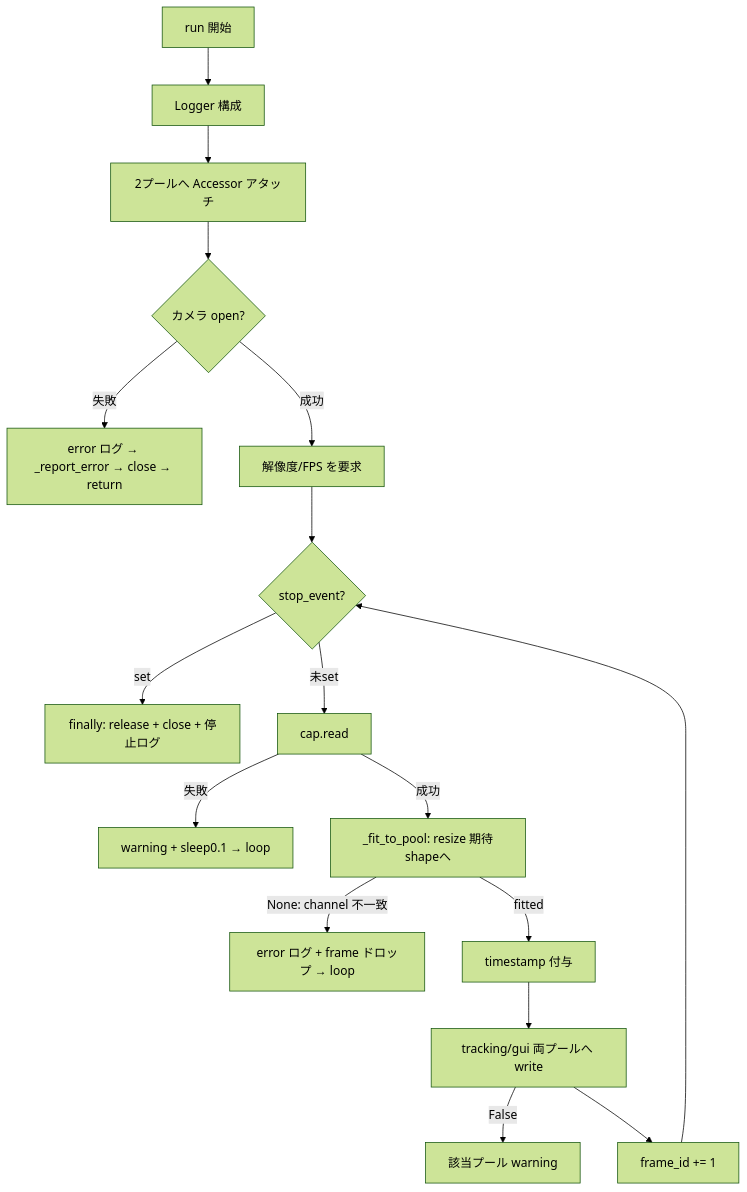
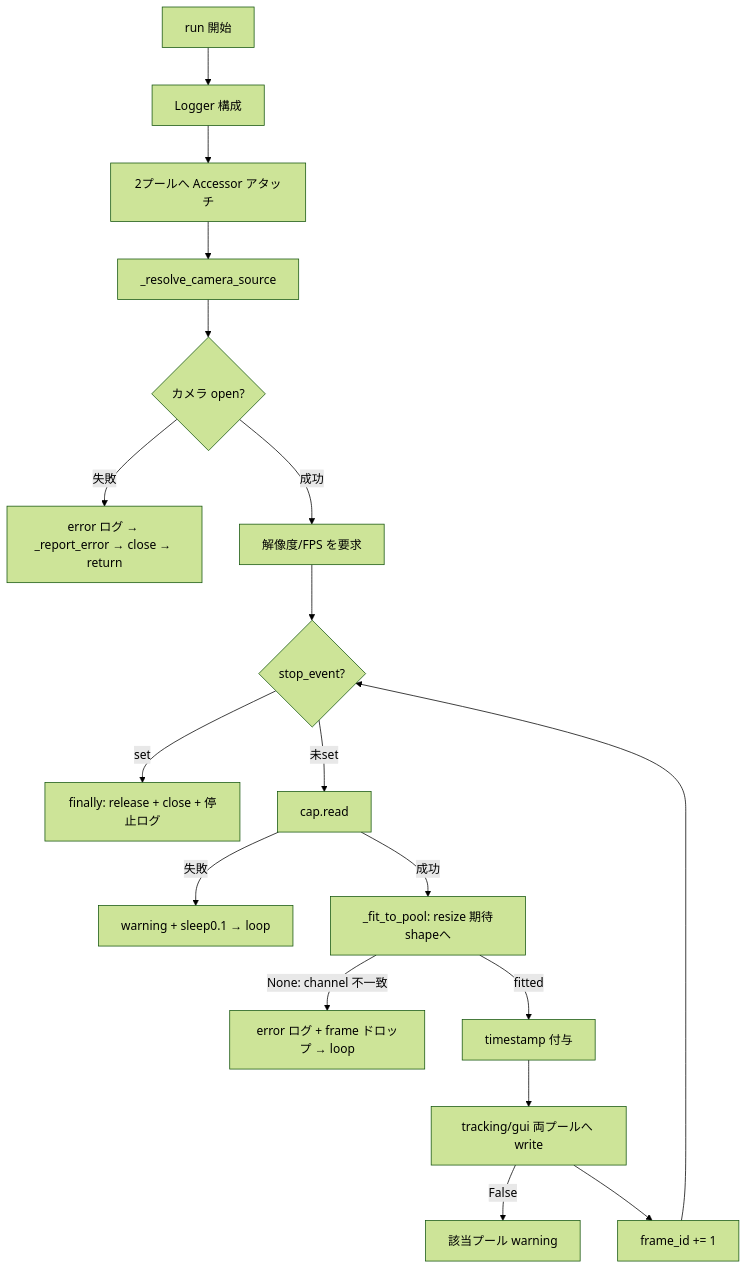
One commit to NobuoTsukamoto/multiprocess-object-tracker changed the diagram in docs/specs/camera-controller/design.md. Above: the diagram before and after it, drawn with Mermaid (forest theme). The commit also changed other lines of this file and 14 other files, not shown here.

First line of the commit message:
feat(camera): camera.source 設定キーでソース指定可能に（R-CAM-13）

````diff
--- a/docs/specs/camera-controller/design.md
+++ b/docs/specs/camera-controller/design.md
@@ -40,18 +42,19 @@
 ```mermaid
 flowchart TD
     S[run 開始] --> L[Logger 構成]
     L --> A[2プールへ Accessor アタッチ]
-    A --> O{カメラ open?}
+    A --> SRC[_resolve_camera_source]
+    SRC --> O{カメラ open?}
     O -->|失敗| E[error ログ → _report_error → close → return]
     O -->|成功| C[解像度/FPS を要求]
     C --> W{stop_event?}
     W -->|set| F[finally: release + close + 停止ログ]
     W -->|未set| R[cap.read]
     R -->|失敗| RW[warning + sleep0.1 → loop]
     R -->|成功| FIT[_fit_to_pool: resize 期待shapeへ]
     FIT -->|None: channel 不一致| DROP[error ログ + frame ドロップ → loop]
     FIT -->|fitted| TS[timestamp 付与]
     TS --> WR[tracking/gui 両プールへ write]
     WR -->|False| DW[該当プール warning]
     WR --> ID[frame_id += 1] --> W
 ```
````
